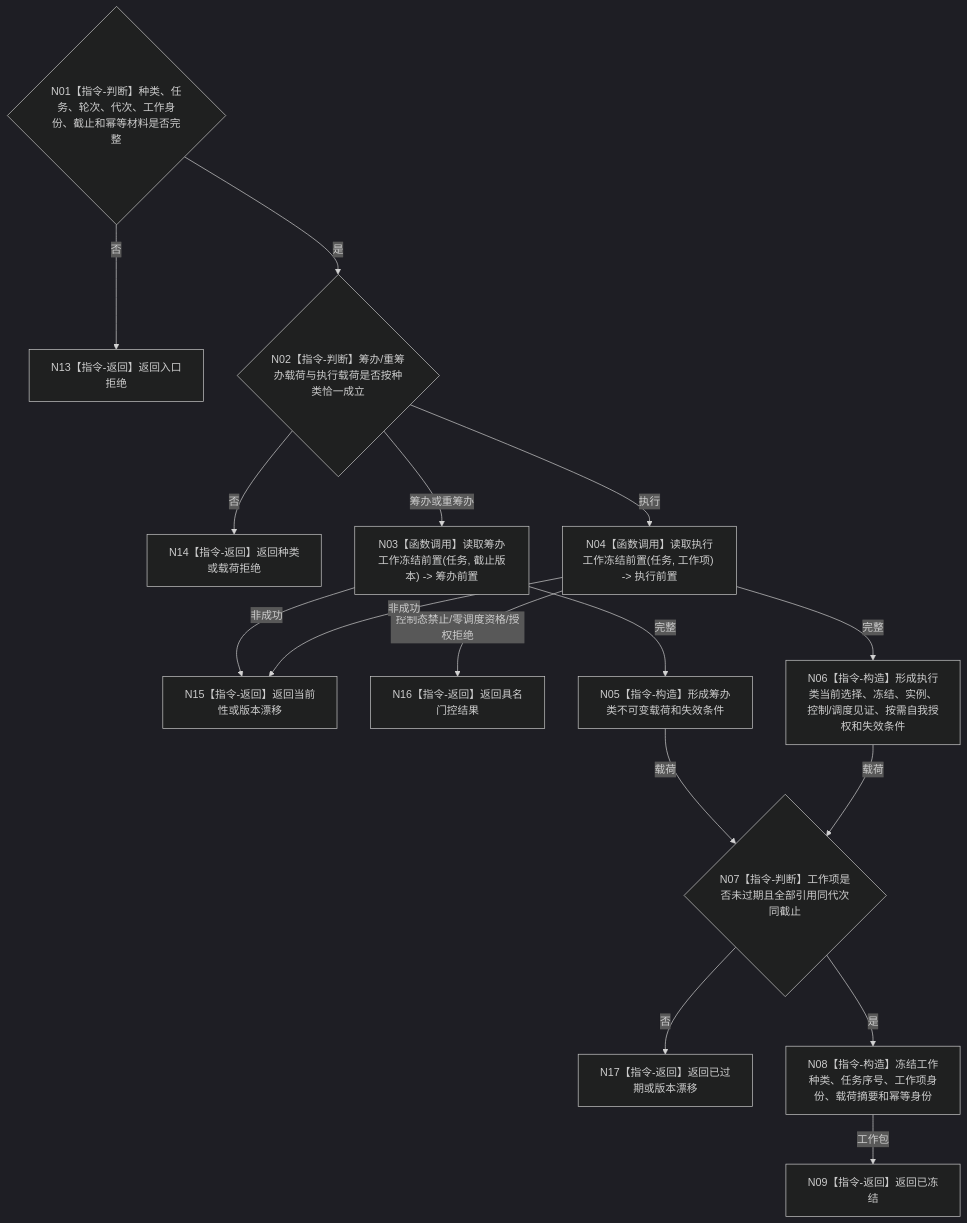
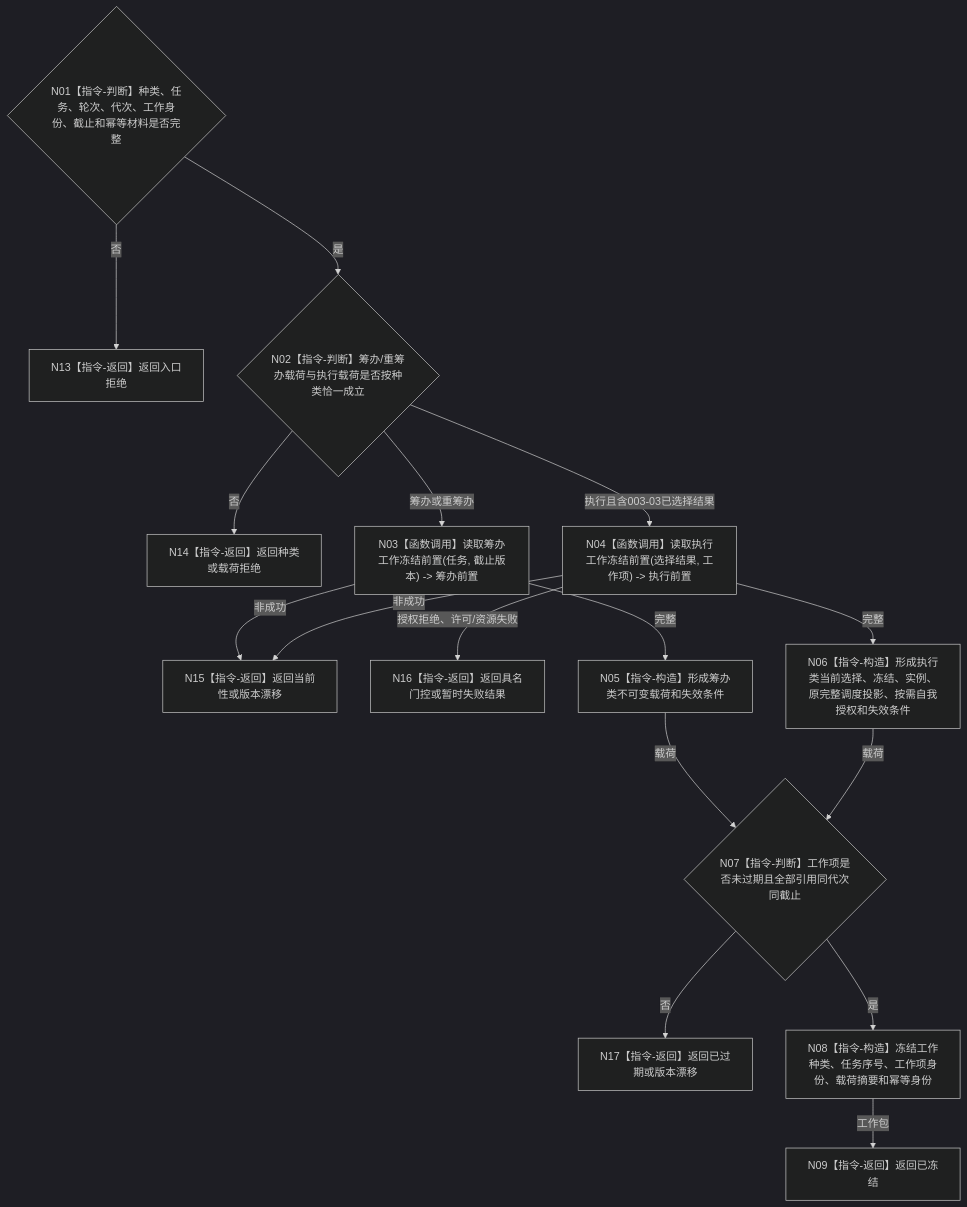
One commit to chunhaizh-cyber/HY-Ego changed the diagram in 流程图/目标业务流程图/L3/BIZ-L3-004-04-01_冻结任务工作请求_目标函数流程图_v0.1.md. Above: the diagram before and after it, drawn with Mermaid (dark theme). The commit also changed other lines of this file and 21 other files, not shown here.

````diff
--- a/流程图/目标业务流程图/L3/BIZ-L3-004-04-01_冻结任务工作请求_目标函数流程图_v0.1.md
+++ b/流程图/目标业务流程图/L3/BIZ-L3-004-04-01_冻结任务工作请求_目标函数流程图_v0.1.md
@@ -30,18 +30,18 @@
 ```mermaid
 flowchart TD
     N01{"N01【指令-判断】种类、任务、轮次、代次、工作身份、截止和幂等材料是否完整"} -->|否| N13["N13【指令-返回】返回入口拒绝"]
     N01 -->|是| N02{"N02【指令-判断】筹办/重筹办载荷与执行载荷是否按种类恰一成立"}
     N02 -->|否| N14["N14【指令-返回】返回种类或载荷拒绝"]
     N02 -->|筹办或重筹办| N03["N03【函数调用】读取筹办工作冻结前置(任务, 截止版本) -> 筹办前置"]
-    N02 -->|执行| N04["N04【函数调用】读取执行工作冻结前置(任务, 工作项) -> 执行前置"]
+    N02 -->|执行且含003-03已选择结果| N04["N04【函数调用】读取执行工作冻结前置(选择结果, 工作项) -> 执行前置"]
     N03 -->|非成功| N15["N15【指令-返回】返回当前性或版本漂移"]
-    N04 -->|控制态禁止/零调度资格/授权拒绝| N16["N16【指令-返回】返回具名门控结果"]
+    N04 -->|授权拒绝、许可/资源失败| N16["N16【指令-返回】返回具名门控或暂时失败结果"]
     N04 -->|非成功| N15
     N03 -->|完整| N05["N05【指令-构造】形成筹办类不可变载荷和失效条件"]
-    N04 -->|完整| N06["N06【指令-构造】形成执行类当前选择、冻结、实例、控制/调度见证、按需自我授权和失效条件"]
+    N04 -->|完整| N06["N06【指令-构造】形成执行类当前选择、冻结、实例、原完整调度投影、按需自我授权和失效条件"]
     N05 -->|载荷| N07{"N07【指令-判断】工作项是否未过期且全部引用同代次同截止"}
     N06 -->|载荷| N07
     N07 -->|否| N17["N17【指令-返回】返回已过期或版本漂移"]
     N07 -->|是| N08["N08【指令-构造】冻结工作种类、任务序号、工作项身份、载荷摘要和幂等身份"]
     N08 -->|工作包| N09["N09【指令-返回】返回已冻结"]
 ```
````
